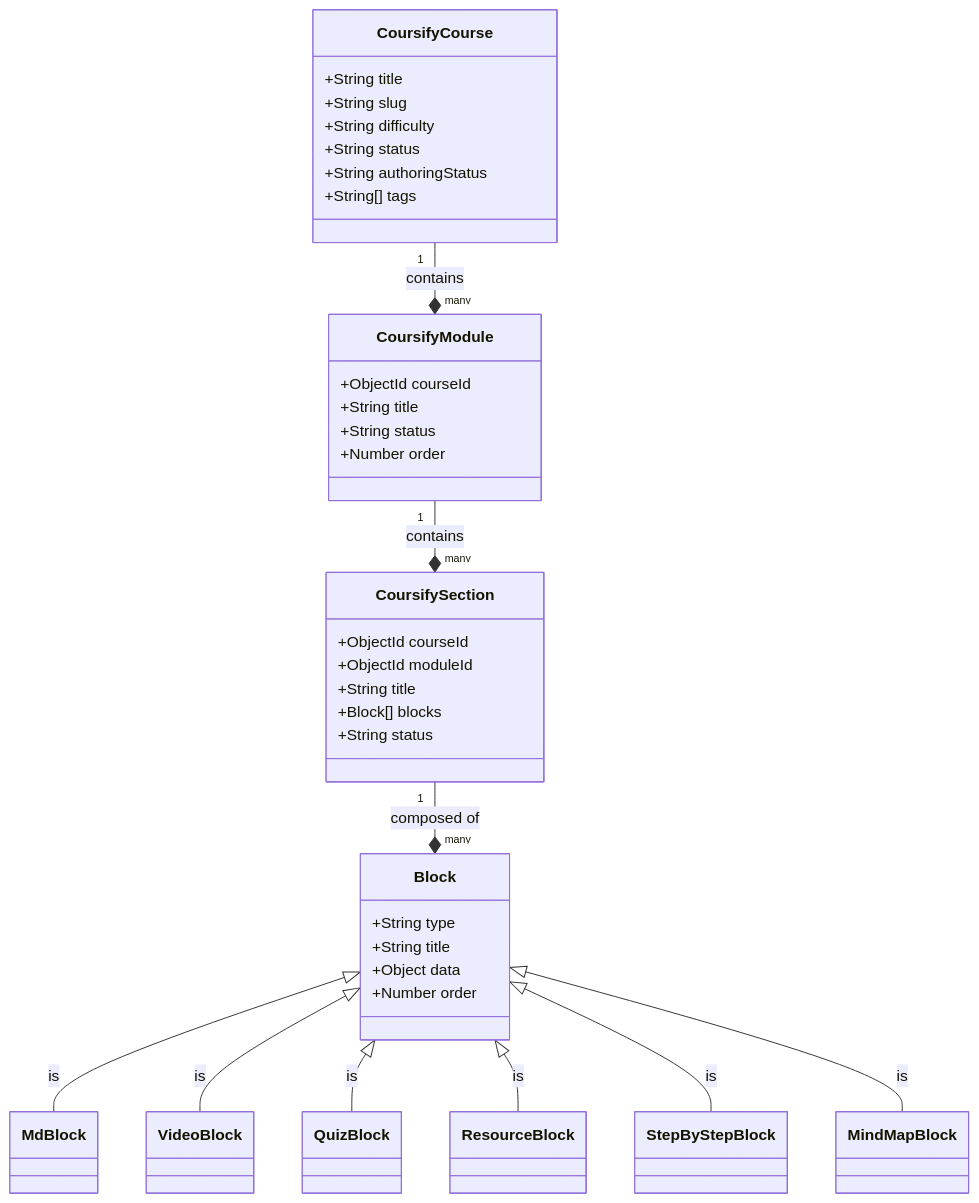
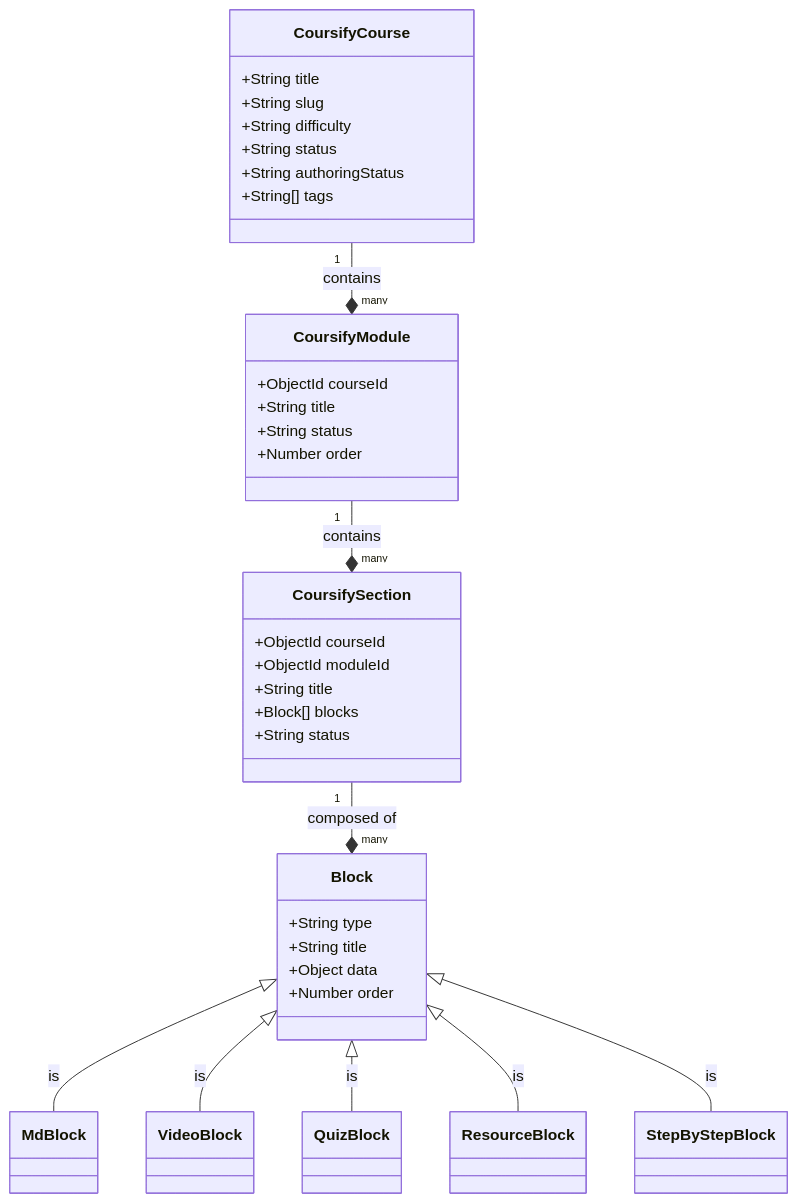
The diagram in .agent/skills/coursify-studio/references/schemas.md (hasanraiyan/resume), drawn with Mermaid before and after one commit. The commit also changed other lines of this file and 7 other files, not shown here.

Commit message:
feat(coursify): remove MindMapBlock references and update related documentation

````diff
--- a/.agent/skills/coursify-studio/references/schemas.md
+++ b/.agent/skills/coursify-studio/references/schemas.md
@@ -3,41 +3,40 @@
 ```mermaid
 classDiagram
     class CoursifyCourse {
         +String title
         +String slug
         +String difficulty
         +String status
         +String authoringStatus
         +String[] tags
     }
     class CoursifyModule {
         +ObjectId courseId
         +String title
         +String status
         +Number order
     }
     class CoursifySection {
         +ObjectId courseId
         +ObjectId moduleId
         +String title
         +Block[] blocks
         +String status
     }
     class Block {
         +String type
         +String title
         +Object data
         +Number order
     }
 
     CoursifyCourse "1" --* "many" CoursifyModule : contains
     CoursifyModule "1" --* "many" CoursifySection : contains
     CoursifySection "1" --* "many" Block : composed of
 
     Block <|-- MdBlock : is
     Block <|-- VideoBlock : is
     Block <|-- QuizBlock : is
     Block <|-- ResourceBlock : is
     Block <|-- StepByStepBlock : is
-    Block <|-- MindMapBlock : is
 ```
````
